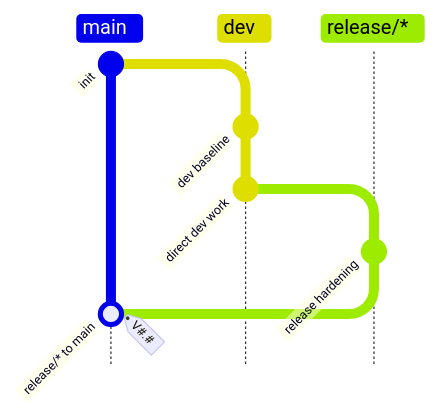
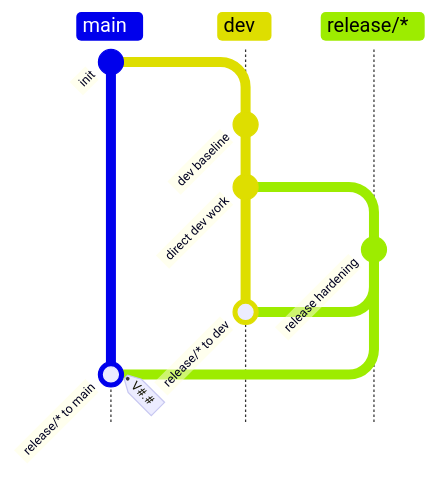
One commit to ylang-ylang/gitguard changed the diagram in .git-flow-guard/contribution.md. Above: the diagram before and after it, drawn with Mermaid. The commit also changed other lines of this file and 9 other files, not shown here.

Commit message:
Require release fixes to return to dev

````diff
--- a/.git-flow-guard/contribution.md
+++ b/.git-flow-guard/contribution.md
@@ -3,15 +3,17 @@
 ```mermaid
 gitGraph TB:
     commit id:"init"
     branch dev
     checkout dev
     commit id:"dev baseline"
     commit id:"direct dev work"
 
-    %% Release from dev to main
+    %% Release from dev back to dev, then to main
     branch "release/*"
     checkout "release/*"
     commit id:"release hardening"
+    checkout dev
+    merge "release/*" id:"release/* to dev"
     checkout main
     merge "release/*" id:"release/* to main" tag:"V#.#"
 ```
````
